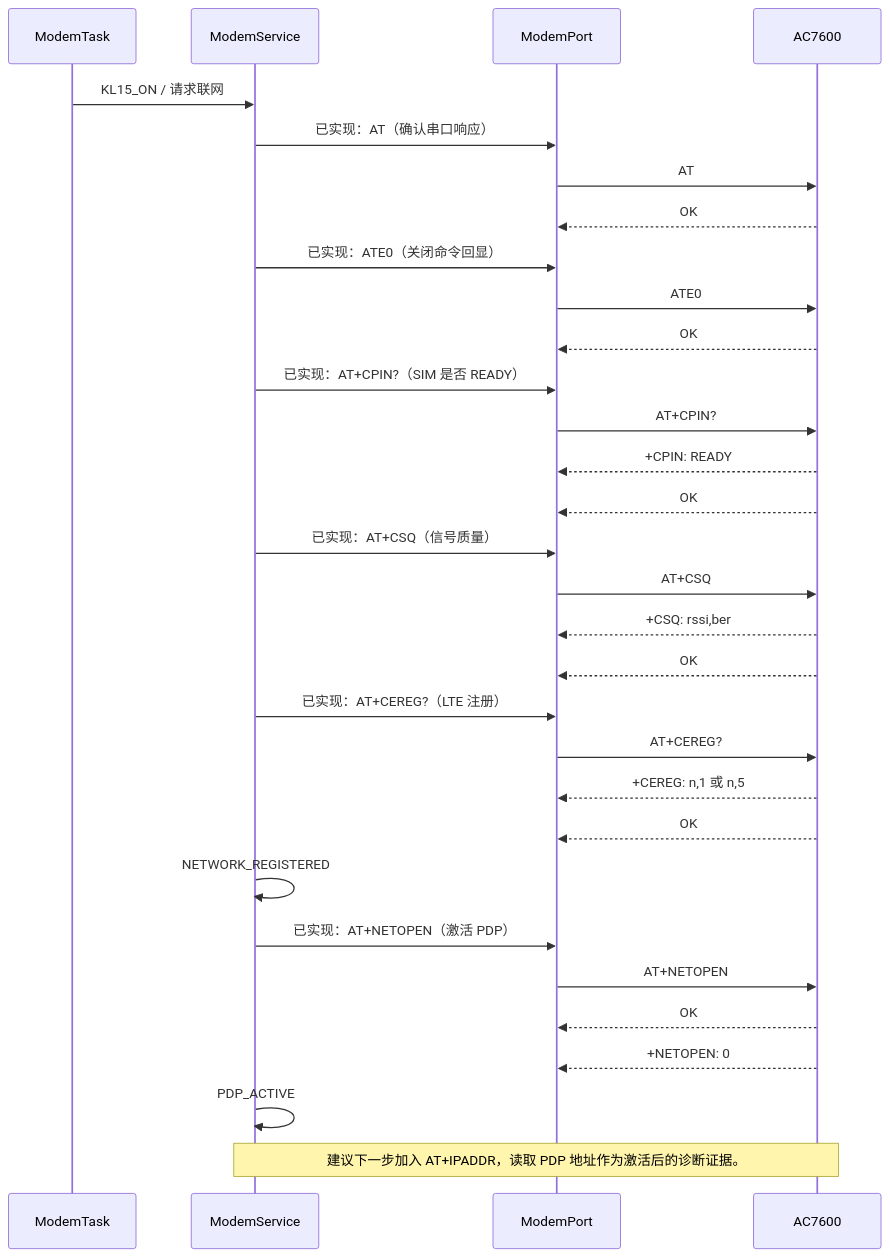
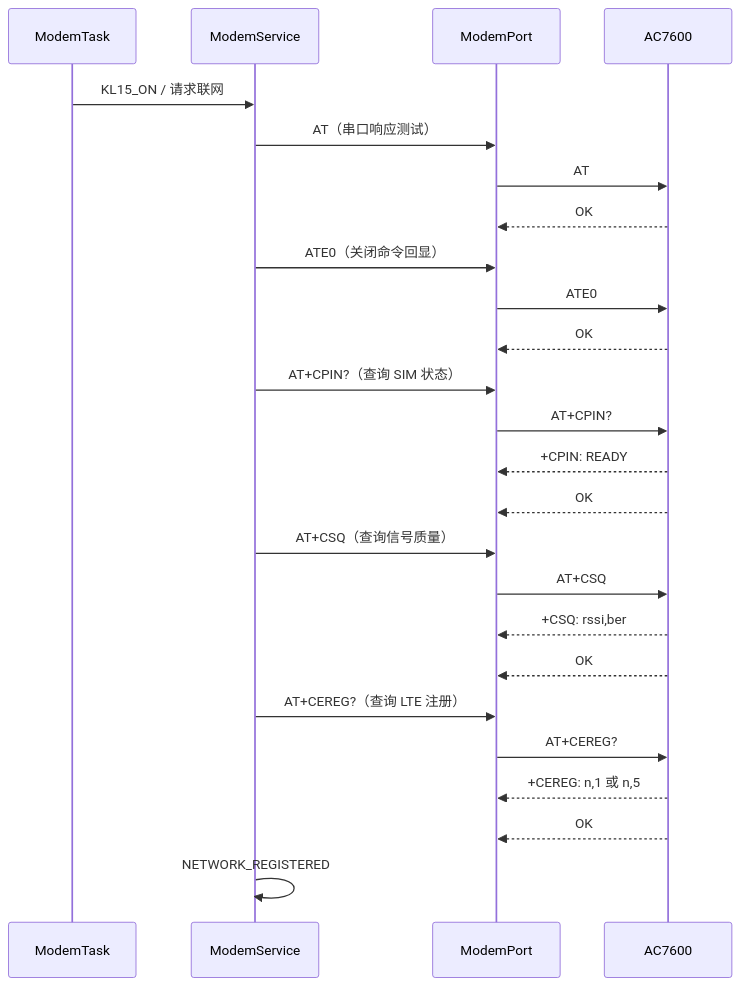
Before and after one commit to xiaojunzhong123/eCall: the second of 6 diagrams in docs/AC7600_TCPIP_SWIMLANE.md, drawn with Mermaid. The commit also changed other lines of this file and 5 other files, not shown here.

````diff
--- a/docs/AC7600_TCPIP_SWIMLANE.md
+++ b/docs/AC7600_TCPIP_SWIMLANE.md
@@ -32,40 +32,32 @@
 ```mermaid
 sequenceDiagram
     participant T as ModemTask
     participant S as ModemService
     participant P as ModemPort
     participant M as AC7600
 
     T->>S: KL15_ON / 请求联网
-    S->>P: 已实现：AT（确认串口响应）
+    S->>P: AT（串口响应测试）
     P->>M: AT
     M-->>P: OK
 
-    S->>P: 已实现：ATE0（关闭命令回显）
+    S->>P: ATE0（关闭命令回显）
     P->>M: ATE0
     M-->>P: OK
 
-    S->>P: 已实现：AT+CPIN?（SIM 是否 READY）
+    S->>P: AT+CPIN?（查询 SIM 状态）
     P->>M: AT+CPIN?
     M-->>P: +CPIN: READY
     M-->>P: OK
 
-    S->>P: 已实现：AT+CSQ（信号质量）
+    S->>P: AT+CSQ（查询信号质量）
     P->>M: AT+CSQ
     M-->>P: +CSQ: rssi,ber
     M-->>P: OK
 
-    S->>P: 已实现：AT+CEREG?（LTE 注册）
+    S->>P: AT+CEREG?（查询 LTE 注册）
     P->>M: AT+CEREG?
     M-->>P: +CEREG: n,1 或 n,5
     M-->>P: OK
-
     S->>S: NETWORK_REGISTERED
-    S->>P: 已实现：AT+NETOPEN（激活 PDP）
-    P->>M: AT+NETOPEN
-    M-->>P: OK
-    M-->>P: +NETOPEN: 0
-    S->>S: PDP_ACTIVE
-
-    Note over S,M: 建议下一步加入 AT+IPADDR，读取 PDP 地址作为激活后的诊断证据。
 ```
````
